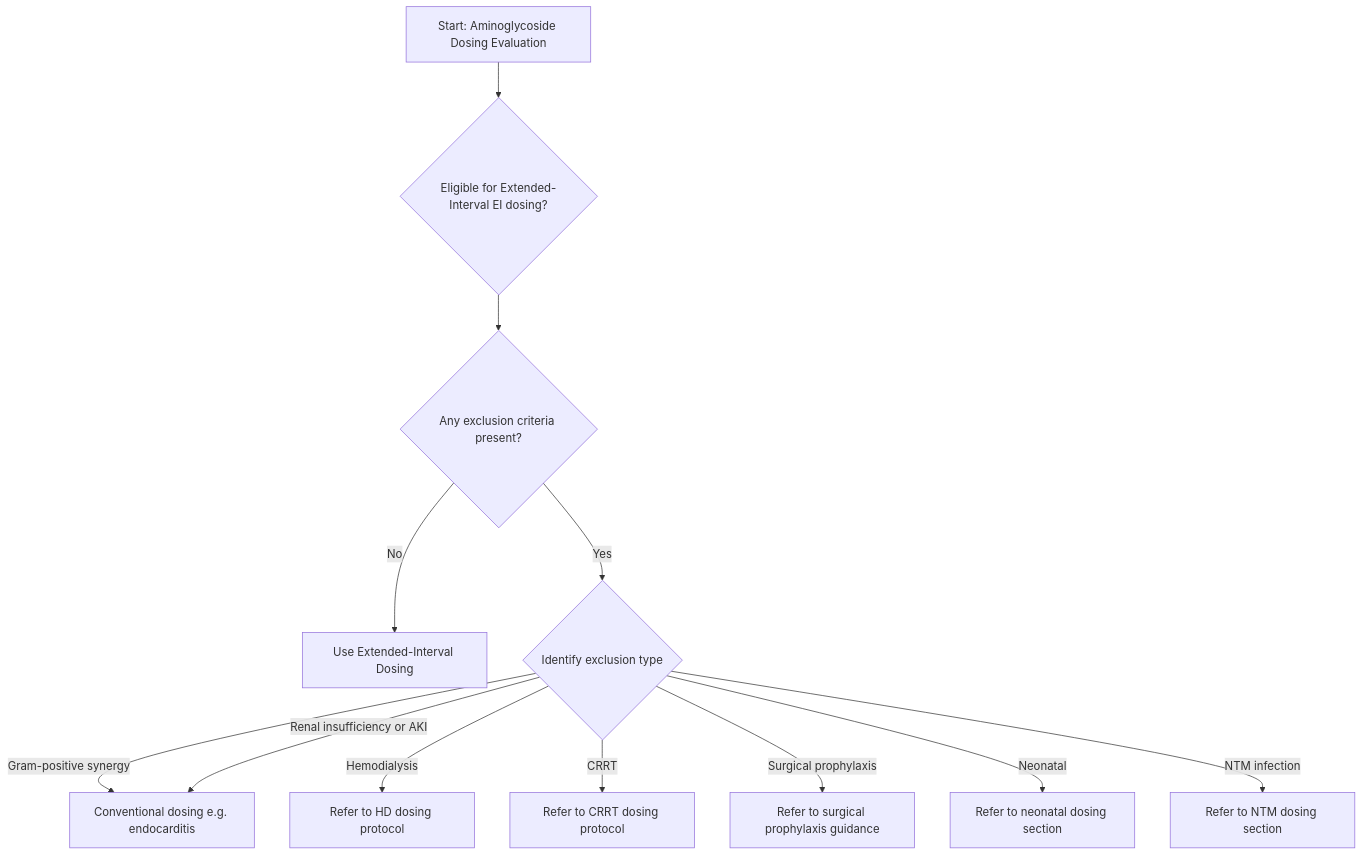
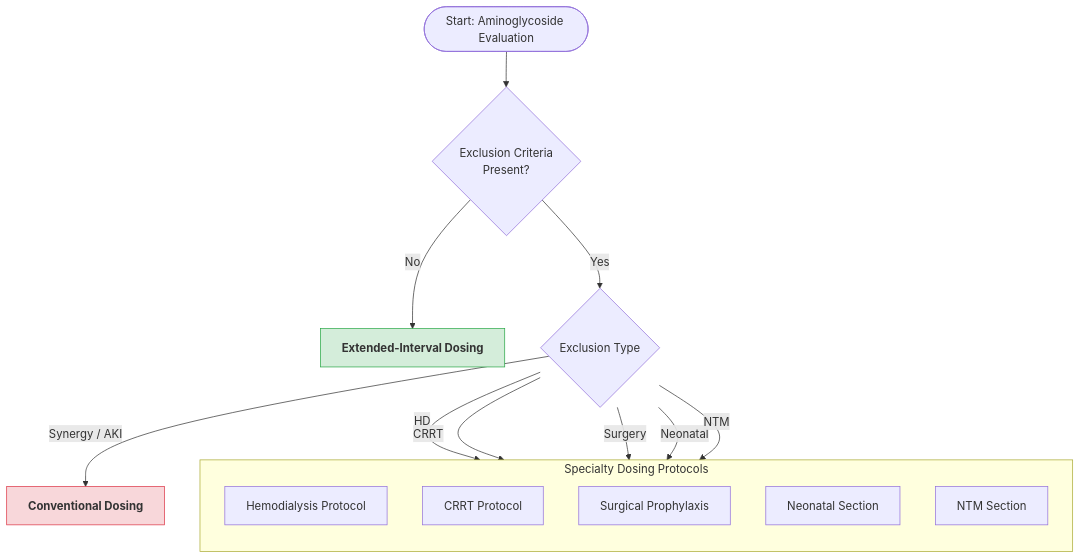
The diagram in dosing-strategy.md (shemtsai/Aminoglycoside-Calculator), drawn with Mermaid before and after one commit.

Commit message:
Update dosing strategy flowchart with exclusion criteria

````diff
--- a/dosing-strategy.md
+++ b/dosing-strategy.md
@@ -38,25 +38,30 @@
 ```mermaid
 flowchart TD
+    Start([Start: Aminoglycoside Evaluation]) --> Criteria{Exclusion Criteria<br/>Present?}
+    
+    %% Main Path
+    Criteria -- No --> EI[<b>Extended-Interval Dosing</b>]
+    style EI fill:#d4edda,stroke:#28a745
 
-A[Start: Aminoglycoside Dosing Evaluation] --> B{Eligible for Extended-Interval EI dosing?}
+    %% Exclusion Path
+    Criteria -- Yes --> ExclusionType{Exclusion Type}
 
-B --> C{Any exclusion criteria present?}
+    %% Grouping Outcomes
+    subgraph Specialty_Protocols [Specialty Dosing Protocols]
+        direction TB
+        G[Hemodialysis Protocol]
+        H[CRRT Protocol]
+        I[Surgical Prophylaxis]
+        J[Neonatal Section]
+        K[NTM Section]
+    end
 
-C -- No --> D[Use Extended-Interval Dosing]
+    ExclusionType -->|Synergy / AKI| F[<b>Conventional Dosing</b>]
+    style F fill:#f8d7da,stroke:#dc3545
 
-C -- Yes --> E{Identify exclusion type}
-
-E -- Gram-positive synergy --> F[Conventional dosing e.g. endocarditis]
-
-E -- Renal insufficiency or AKI --> F
-
-E -- Hemodialysis --> G[Refer to HD dosing protocol]
-
-E -- CRRT --> H[Refer to CRRT dosing protocol]
-
-E -- Surgical prophylaxis --> I[Refer to surgical prophylaxis guidance]
-
-E -- Neonatal --> J[Refer to neonatal dosing section]
-
-E -- NTM infection --> K[Refer to NTM dosing section]
+    ExclusionType -->|HD| G
+    ExclusionType -->|CRRT| H
+    ExclusionType -->|Surgery| I
+    ExclusionType -->|Neonatal| J
+    ExclusionType -->|NTM| K
 ```
````
